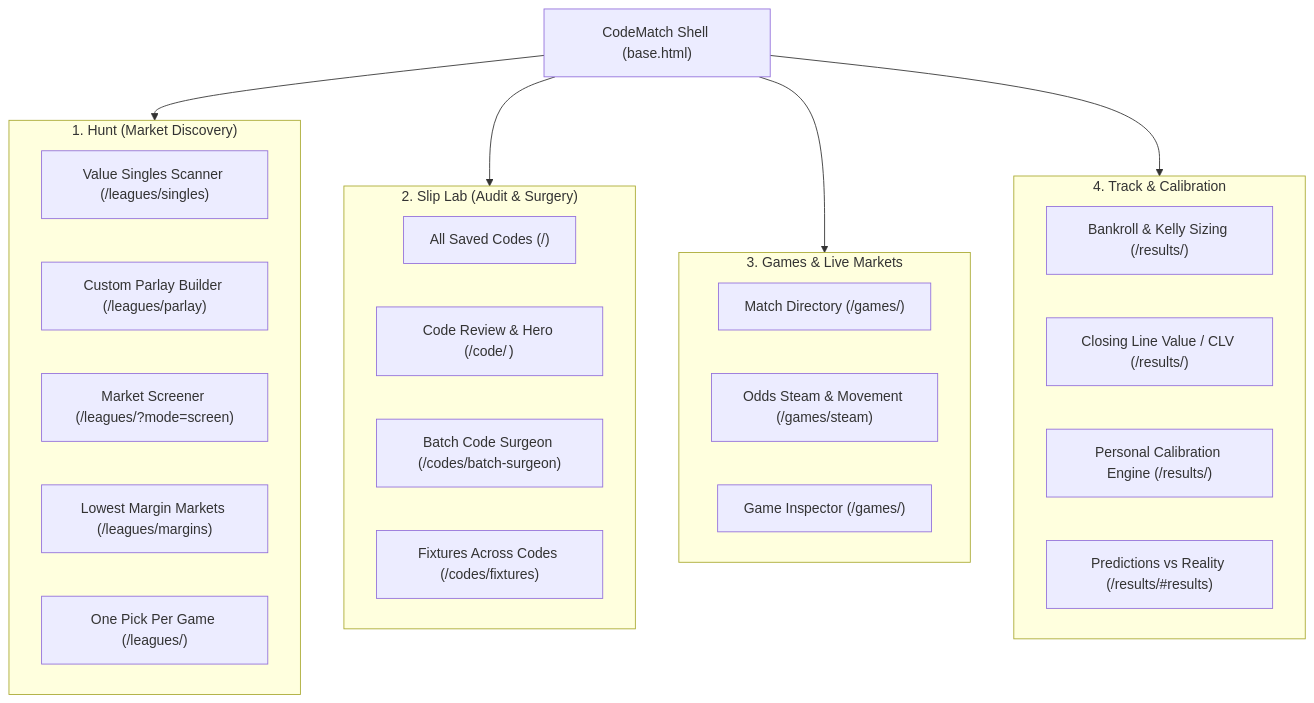
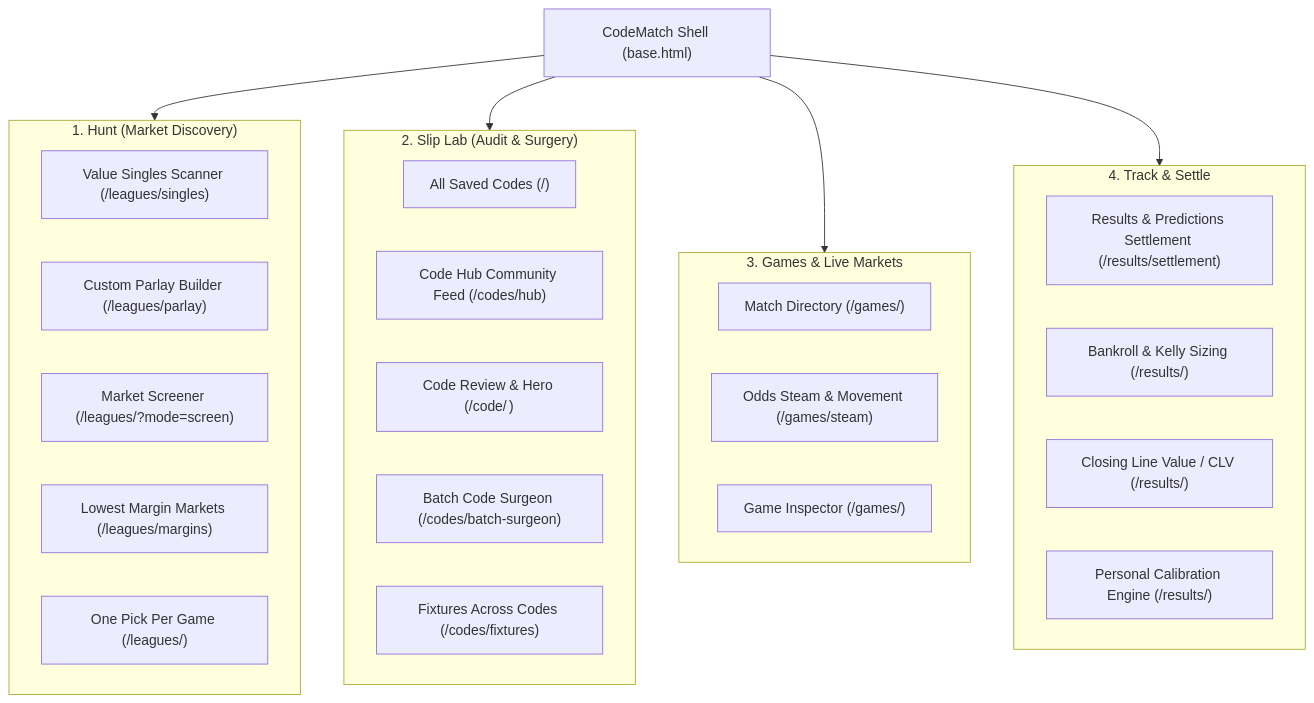
The second of 3 diagrams in DESIGN.md (Edward-Oppong/codematch), drawn with Mermaid before and after one commit. The commit also changed other lines of this file and 7 other files, not shown here.

Commit message:
feat: implement modern sidebar navigation and dedicated pages for Results Settlement and Code Hub

````diff
--- a/DESIGN.md
+++ b/DESIGN.md
@@ -25,37 +25,38 @@
 ```mermaid
 flowchart TD
     ROOT["CodeMatch Shell (base.html)"]
     
     subgraph HUNT ["1. Hunt (Market Discovery)"]
         H1["Value Singles Scanner (/leagues/singles)"]
         H2["Custom Parlay Builder (/leagues/parlay)"]
         H3["Market Screener (/leagues/?mode=screen)"]
         H4["Lowest Margin Markets (/leagues/margins)"]
         H5["One Pick Per Game (/leagues/)"]
     end
 
     subgraph LAB ["2. Slip Lab (Audit & Surgery)"]
         L1["All Saved Codes (/)"]
-        L2["Code Review & Hero (/code/<CODE>)"]
-        L3["Batch Code Surgeon (/codes/batch-surgeon)"]
-        L4["Fixtures Across Codes (/codes/fixtures)"]
+        L2["Code Hub Community Feed (/codes/hub)"]
+        L3["Code Review & Hero (/code/<CODE>)"]
+        L4["Batch Code Surgeon (/codes/batch-surgeon)"]
+        L5["Fixtures Across Codes (/codes/fixtures)"]
     end
 
     subgraph GAMES ["3. Games & Live Markets"]
         G1["Match Directory (/games/)"]
         G2["Odds Steam & Movement (/games/steam)"]
         G3["Game Inspector (/games/<event_id>)"]
     end
 
-    subgraph TRACK ["4. Track & Calibration"]
-        T1["Bankroll & Kelly Sizing (/results/)"]
-        T2["Closing Line Value / CLV (/results/)"]
-        T3["Personal Calibration Engine (/results/)"]
-        T4["Predictions vs Reality (/results/#results)"]
+    subgraph TRACK ["4. Track & Settle"]
+        T1["Results & Predictions Settlement (/results/settlement)"]
+        T2["Bankroll & Kelly Sizing (/results/)"]
+        T3["Closing Line Value / CLV (/results/)"]
+        T4["Personal Calibration Engine (/results/)"]
     end
 
     ROOT --> HUNT
     ROOT --> LAB
     ROOT --> GAMES
     ROOT --> TRACK
 ```
````
